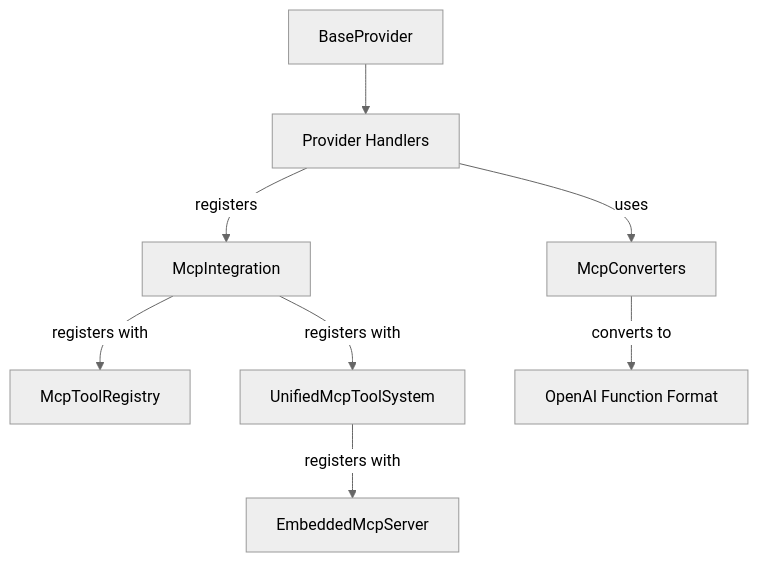
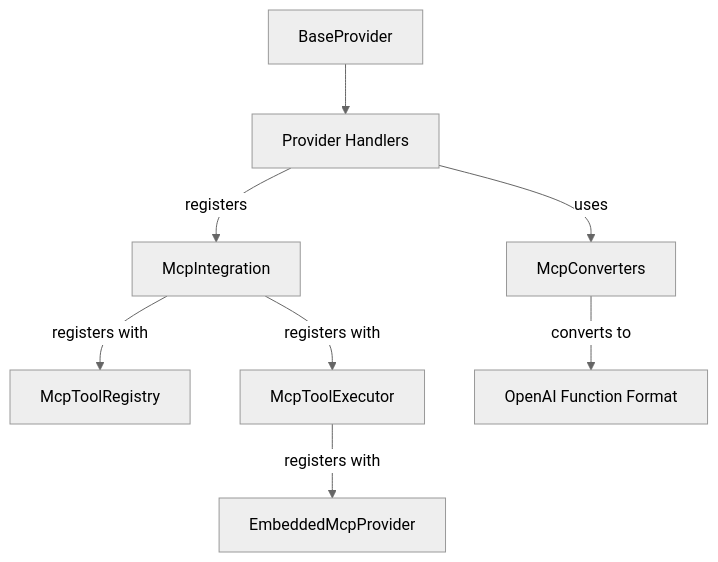
Before and after one commit to sydneyrenee/Thea-Code: the first of 5 diagrams in cline_docs/architectural_notes/tool_use/mcp/mcp_comprehensive_guide.md, drawn with Mermaid (neutral theme). The commit also changed other lines of this file and 13 other files, not shown here.

````diff
--- a/cline_docs/architectural_notes/tool_use/mcp/mcp_comprehensive_guide.md
+++ b/cline_docs/architectural_notes/tool_use/mcp/mcp_comprehensive_guide.md
@@ -179,10 +179,10 @@
 ```mermaid
 graph TD
     A[BaseProvider] --> B[Provider Handlers]
     B -- "registers" --> C[McpIntegration]
     C -- "registers with" --> D[McpToolRegistry]
-    C -- "registers with" --> E[UnifiedMcpToolSystem]
-    E -- "registers with" --> F[EmbeddedMcpServer]
+    C -- "registers with" --> E[McpToolExecutor]
+    E -- "registers with" --> F[EmbeddedMcpProvider]
     G[McpConverters] -- "converts to" --> H[OpenAI Function Format]
     B -- "uses" --> G
 ```
````
